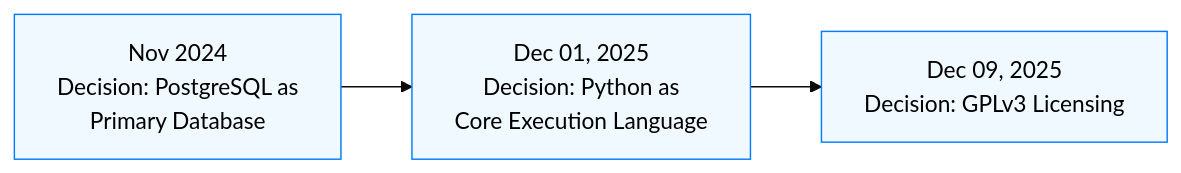
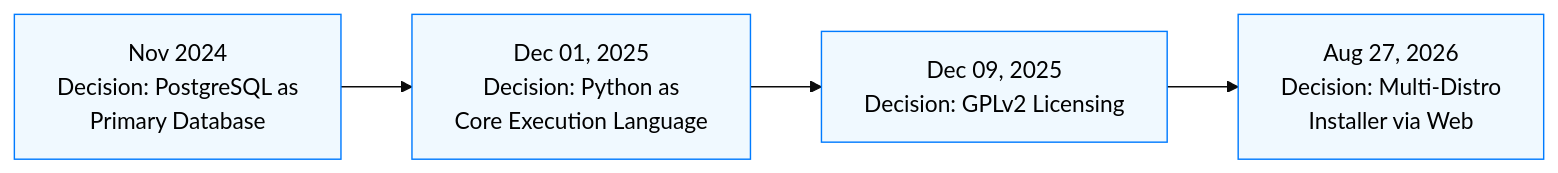
Before and after one commit to euripedesdark/astral-plataform-hci: the third of 5 diagrams in projectupdates.md, drawn with Mermaid (base theme).

````diff
--- a/projectupdates.md
+++ b/projectupdates.md
@@ -145,16 +145,19 @@
 ```mermaid
 flowchart LR
     D1["Nov 2024<br/>Decision: PostgreSQL as<br/>Primary Database"] 
     D2["Dec 01, 2025<br/>Decision: Python as<br/>Core Execution Language"]
-    D3["Dec 09, 2025<br/>Decision: GPLv3 Licensing"]
+    D3["Dec 09, 2025<br/>Decision: GPLv2 Licensing"]
+    D4["Aug 27, 2026<br/>Decision: Multi-Distro<br/>Installer via Web"]
 
     D1 --> D2
     D2 --> D3
+    D3 --> D4
 
     click D1 "Context: ACID compliance, Open Source. Replaced SQL Server."
     click D2 "Context: Sysadmin friendly, mature libraries."
     click D3 "Context: Software freedom, anti-vendor lock-in."
+    click D4 "Context: Simplify setup across Debian, RHEL, Arch without manual intervention."
 
     classDef decisions fill:#f0f9ff,stroke:#007bff,color:#000;
-    class D1,D2,D3 decisions;
+    class D1,D2,D3,D4 decisions;
 ```
````
